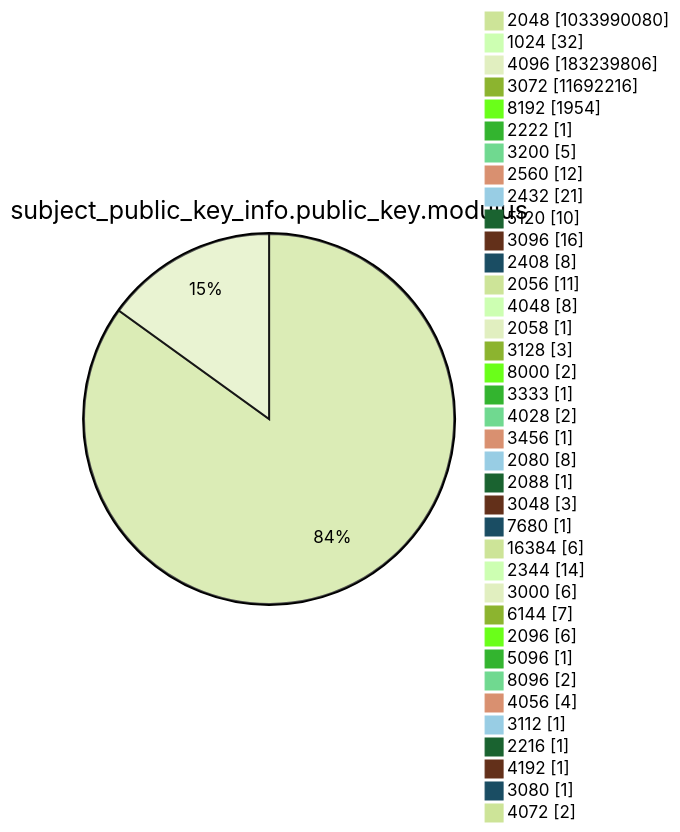
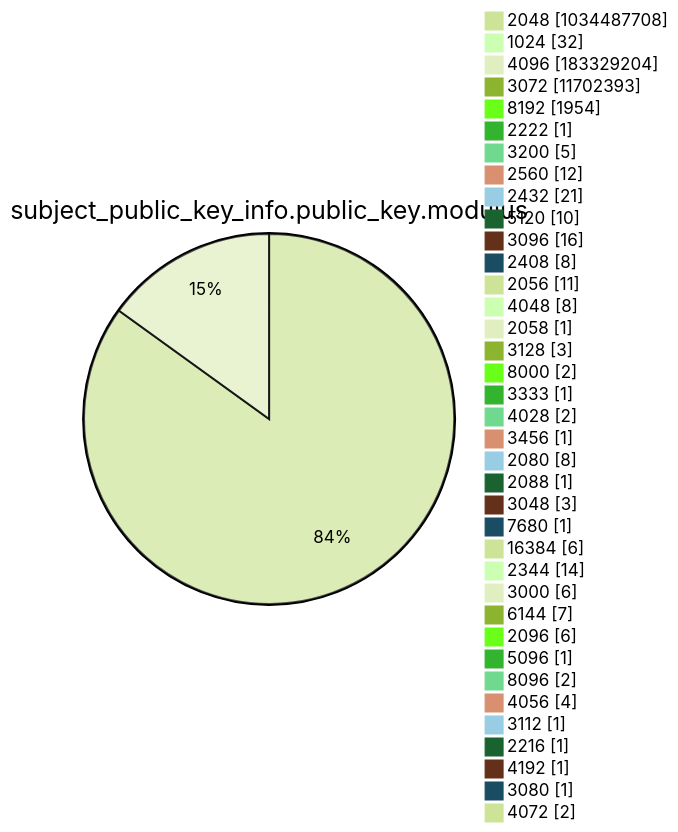
Before and after one commit to christiankrug/ctmonitor_visualization: diagram 13 of 15 in argon2022/README.md, drawn with Mermaid (forest theme). The commit also changed other lines of this file, not shown here.

````diff
--- a/argon2022/README.md
+++ b/argon2022/README.md
@@ -3589,41 +3589,41 @@
 ```mermaid
 pie showData
 title subject_public_key_info.public_key.modulus
-"2048" :1033990080
+"2048" :1034487708
 "1024" :32
-"4096" :183239806
-"3072" :11692216
+"4096" :183329204
+"3072" :11702393
 "8192" :1954
 "2222" :1
 "3200" :5
 "2560" :12
 "2432" :21
 "5120" :10
 "3096" :16
 "2408" :8
 "2056" :11
 "4048" :8
 "2058" :1
 "3128" :3
 "8000" :2
 "3333" :1
 "4028" :2
 "3456" :1
 "2080" :8
 "2088" :1
 "3048" :3
 "7680" :1
 "16384" :6
 "2344" :14
 "3000" :6
 "6144" :7
 "2096" :6
 "5096" :1
 "8096" :2
 "4056" :4
 "3112" :1
 "2216" :1
 "4192" :1
 "3080" :1
 "4072" :2
 ```
````
